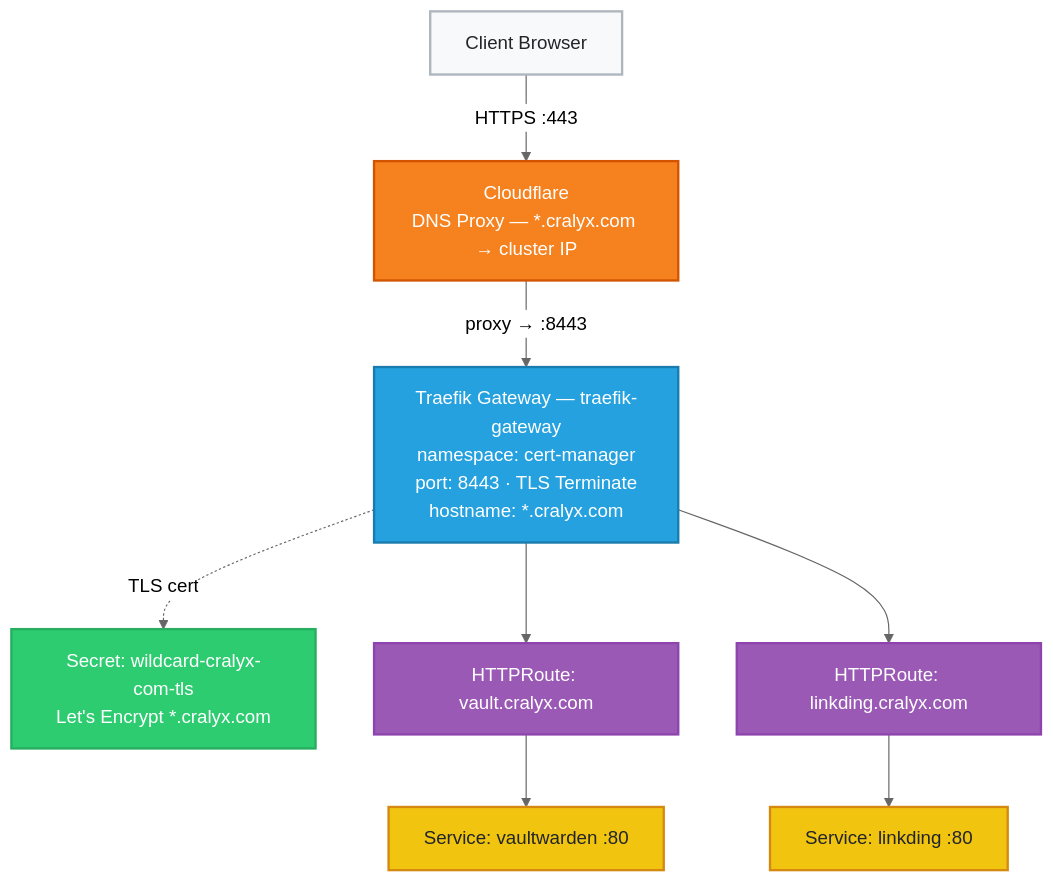
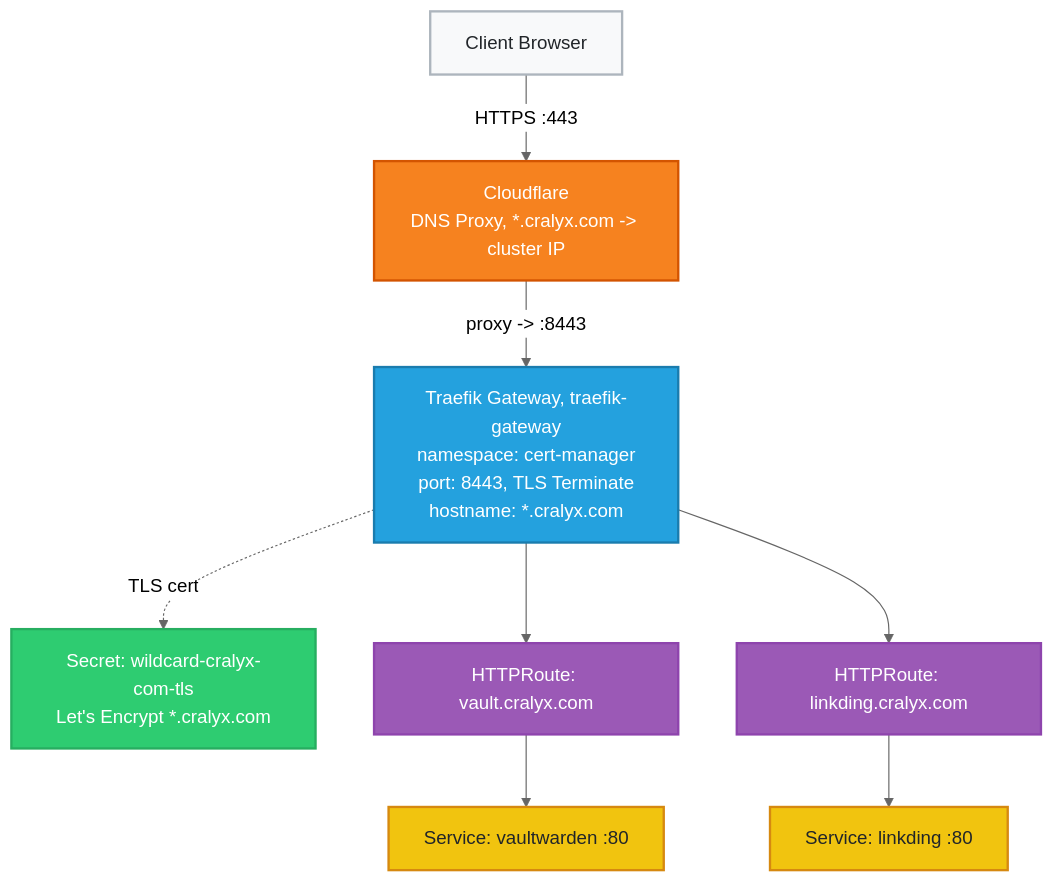
One commit to Aishwaryaa12/k3s-flux changed the third of 5 diagrams in README.md. Above: the diagram before and after it, drawn with Mermaid (neutral theme). The commit also changed other lines of this file, not shown here.

````diff
--- a/README.md
+++ b/README.md
@@ -292,27 +286,24 @@
 ```mermaid
 graph TB
-    %% --- Style Definitions ---
     classDef client fill:#f8f9fa,stroke:#adb5bd,stroke-width:2px,color:#212529
     classDef cloudflare fill:#f6821f,stroke:#d35400,stroke-width:2px,color:#ffffff
     classDef gateway fill:#24a1de,stroke:#1a7cae,stroke-width:2px,color:#ffffff
     classDef cert fill:#2ecc71,stroke:#27ae60,stroke-width:2px,color:#ffffff
     classDef route fill:#9b59b6,stroke:#8e44ad,stroke-width:2px,color:#ffffff
     classDef service fill:#f1c40f,stroke:#d68910,stroke-width:2px,color:#212529
 
-    %% --- Nodes ---
     Browser["Client Browser"]:::client
-    CF["Cloudflare\nDNS Proxy — *.cralyx.com → cluster IP"]:::cloudflare
-    GW["Traefik Gateway — traefik-gateway\nnamespace: cert-manager\nport: 8443 · TLS Terminate\nhostname: *.cralyx.com"]:::gateway
+    CF["Cloudflare\nDNS Proxy, *.cralyx.com -> cluster IP"]:::cloudflare
+    GW["Traefik Gateway, traefik-gateway\nnamespace: cert-manager\nport: 8443, TLS Terminate\nhostname: *.cralyx.com"]:::gateway
     CERT["Secret: wildcard-cralyx-com-tls\nLet's Encrypt *.cralyx.com"]:::cert
     VW_ROUTE["HTTPRoute: vault.cralyx.com"]:::route
     LD_ROUTE["HTTPRoute: linkding.cralyx.com"]:::route
     VW_SVC["Service: vaultwarden :80"]:::service
     LD_SVC["Service: linkding :80"]:::service
 
-    %% --- Connections ---
     Browser -->|"HTTPS :443"| CF
-    CF -->|"proxy → :8443"| GW
+    CF -->|"proxy -> :8443"| GW
     GW -.->|"TLS cert"| CERT
     GW --> VW_ROUTE --> VW_SVC
     GW --> LD_ROUTE --> LD_SVC
 ```
````
